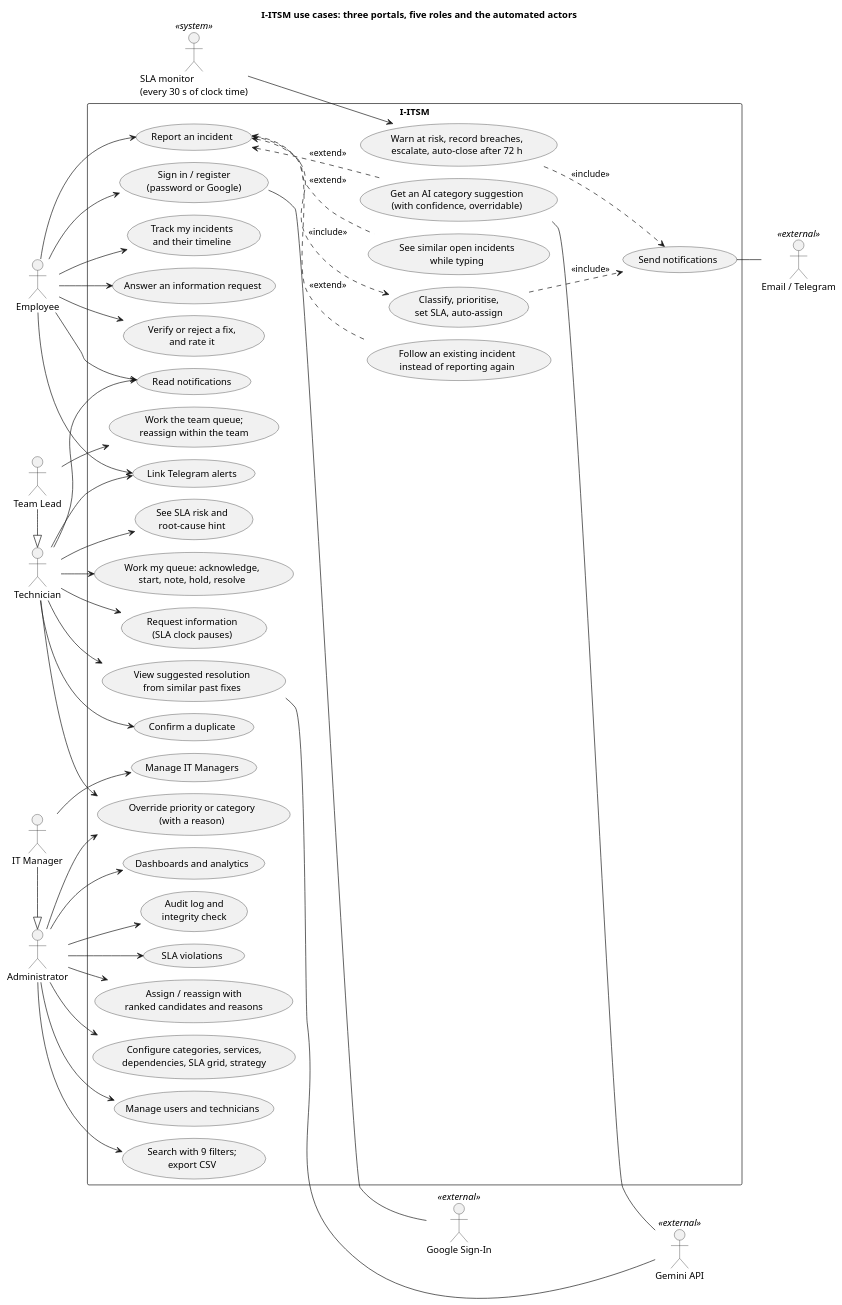
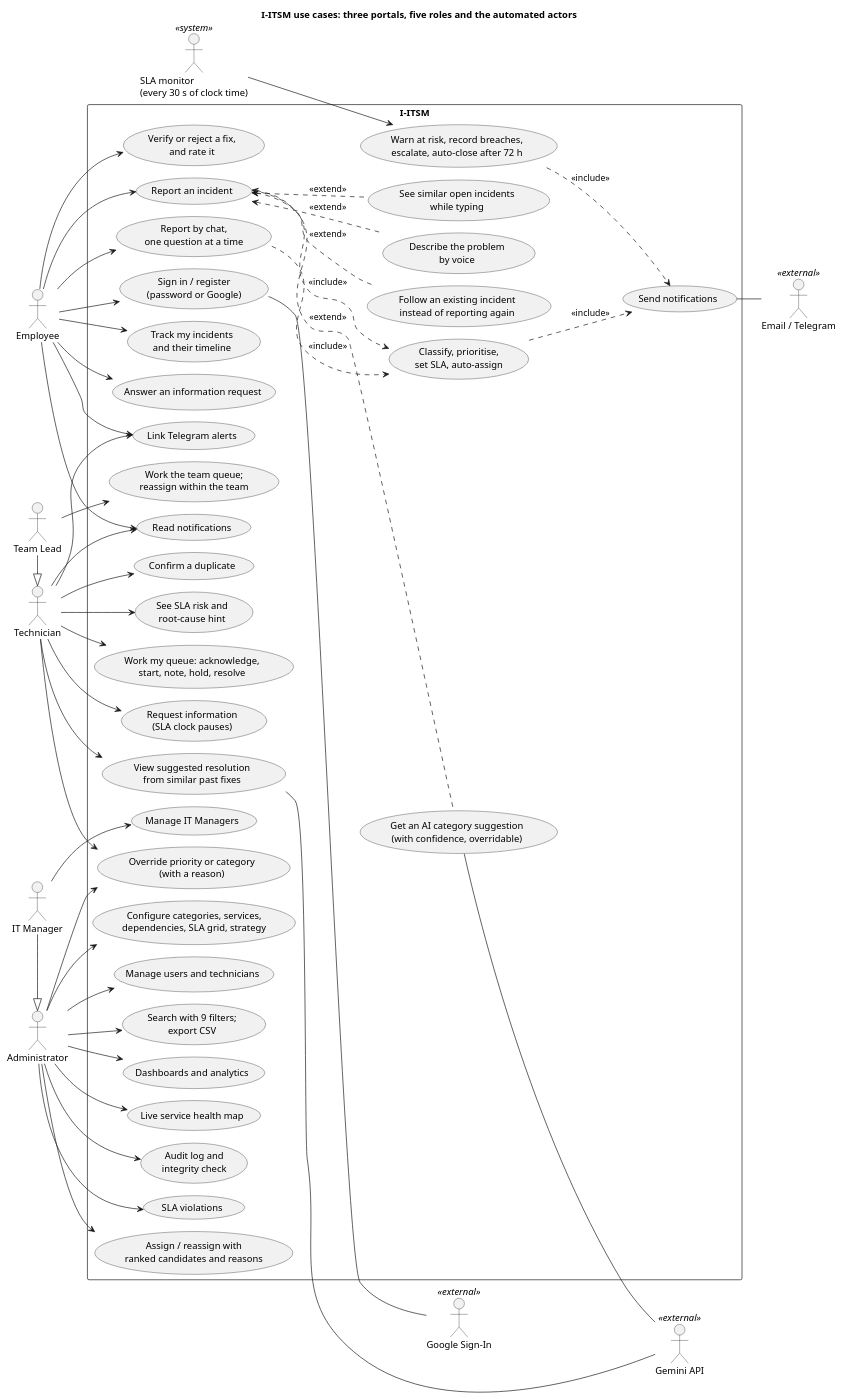
One commit to Siddhant944/i-itsm changed the diagram in docs/diagrams/usecase.puml. Above: the diagram before and after it, drawn with PlantUML. The commit also changed 18 other files, not shown here.

First line of the commit message:
docs: report, diagrams, README and demo script for the restored features

```diff
--- a/docs/diagrams/usecase.puml
+++ b/docs/diagrams/usecase.puml
@@ -1,95 +1,102 @@
 @startuml usecase
 !pragma layout smetana
 skinparam shadowing false
 skinparam defaultFontName Helvetica
 skinparam packageStyle rectangle
 left to right direction
 title I-ITSM use cases: three portals, five roles and the automated actors
 
 actor Employee as EMP
 actor Technician as TECH
 actor "Team Lead" as LEAD
 actor Administrator as ADM
 actor "IT Manager" as MGR
 actor "SLA monitor\n(every 30 s of clock time)" as MON <<system>>
 actor "Gemini API" as GEM <<external>>
 actor "Email / Telegram" as MSG <<external>>
 actor "Google Sign-In" as GOO <<external>>
 
 LEAD -|> TECH
 MGR -|> ADM
 
 rectangle "I-ITSM" {
   usecase "Sign in / register\n(password or Google)" as UC_AUTH
   usecase "Report an incident" as UC_REPORT
   usecase "See similar open incidents\nwhile typing" as UC_SIMILAR
   usecase "Get an AI category suggestion\n(with confidence, overridable)" as UC_CLASSIFY
   usecase "Follow an existing incident\ninstead of reporting again" as UC_FOLLOW
+  usecase "Describe the problem\nby voice" as UC_VOICE
+  usecase "Report by chat,\none question at a time" as UC_CHAT
   usecase "Track my incidents\nand their timeline" as UC_TRACK
   usecase "Answer an information request" as UC_INFO
   usecase "Verify or reject a fix,\nand rate it" as UC_VERIFY
   usecase "Read notifications" as UC_NOTIFY
   usecase "Link Telegram alerts" as UC_TG
 
   usecase "Work my queue: acknowledge,\nstart, note, hold, resolve" as UC_WORK
   usecase "Request information\n(SLA clock pauses)" as UC_ASK
   usecase "View suggested resolution\nfrom similar past fixes" as UC_SUGGEST
   usecase "Confirm a duplicate" as UC_DUP
   usecase "See SLA risk and\nroot-cause hint" as UC_RISK
   usecase "Work the team queue;\nreassign within the team" as UC_TEAM
 
   usecase "Assign / reassign with\nranked candidates and reasons" as UC_ASSIGN
   usecase "Override priority or category\n(with a reason)" as UC_PRIO
   usecase "Configure categories, services,\ndependencies, SLA grid, strategy" as UC_CONFIG
   usecase "Manage users and technicians" as UC_USERS
   usecase "Search with 9 filters;\nexport CSV" as UC_SEARCH
   usecase "Dashboards and analytics" as UC_DASH
+  usecase "Live service health map" as UC_HEALTH
   usecase "Audit log and\nintegrity check" as UC_AUDIT
   usecase "SLA violations" as UC_VIOL
   usecase "Manage IT Managers" as UC_MGRS
 
   usecase "Classify, prioritise,\nset SLA, auto-assign" as UC_AUTO
   usecase "Warn at risk, record breaches,\nescalate, auto-close after 72 h" as UC_SLA
   usecase "Send notifications" as UC_SEND
 }
 
 EMP --> UC_AUTH
 EMP --> UC_REPORT
 EMP --> UC_TRACK
 EMP --> UC_INFO
 EMP --> UC_VERIFY
 EMP --> UC_NOTIFY
 EMP --> UC_TG
 UC_REPORT <.. UC_SIMILAR : <<extend>>
 UC_REPORT <.. UC_CLASSIFY : <<extend>>
 UC_REPORT <.. UC_FOLLOW : <<extend>>
+UC_REPORT <.. UC_VOICE : <<extend>>
+EMP --> UC_CHAT
+UC_CHAT ..> UC_AUTO : <<include>>
 UC_REPORT ..> UC_AUTO : <<include>>
 
 TECH --> UC_WORK
 TECH --> UC_ASK
 TECH --> UC_SUGGEST
 TECH --> UC_DUP
 TECH --> UC_RISK
 TECH --> UC_NOTIFY
 TECH --> UC_PRIO
 TECH --> UC_TG
 LEAD --> UC_TEAM
 
 ADM --> UC_ASSIGN
 ADM --> UC_PRIO
 ADM --> UC_CONFIG
 ADM --> UC_USERS
 ADM --> UC_SEARCH
 ADM --> UC_DASH
+ADM --> UC_HEALTH
 ADM --> UC_AUDIT
 ADM --> UC_VIOL
 MGR --> UC_MGRS
 
 UC_AUTH -- GOO
 UC_CLASSIFY -- GEM
 UC_SUGGEST -- GEM
 MON --> UC_SLA
 UC_AUTO ..> UC_SEND : <<include>>
 UC_SLA ..> UC_SEND : <<include>>
 UC_SEND -- MSG
 @enduml
```
